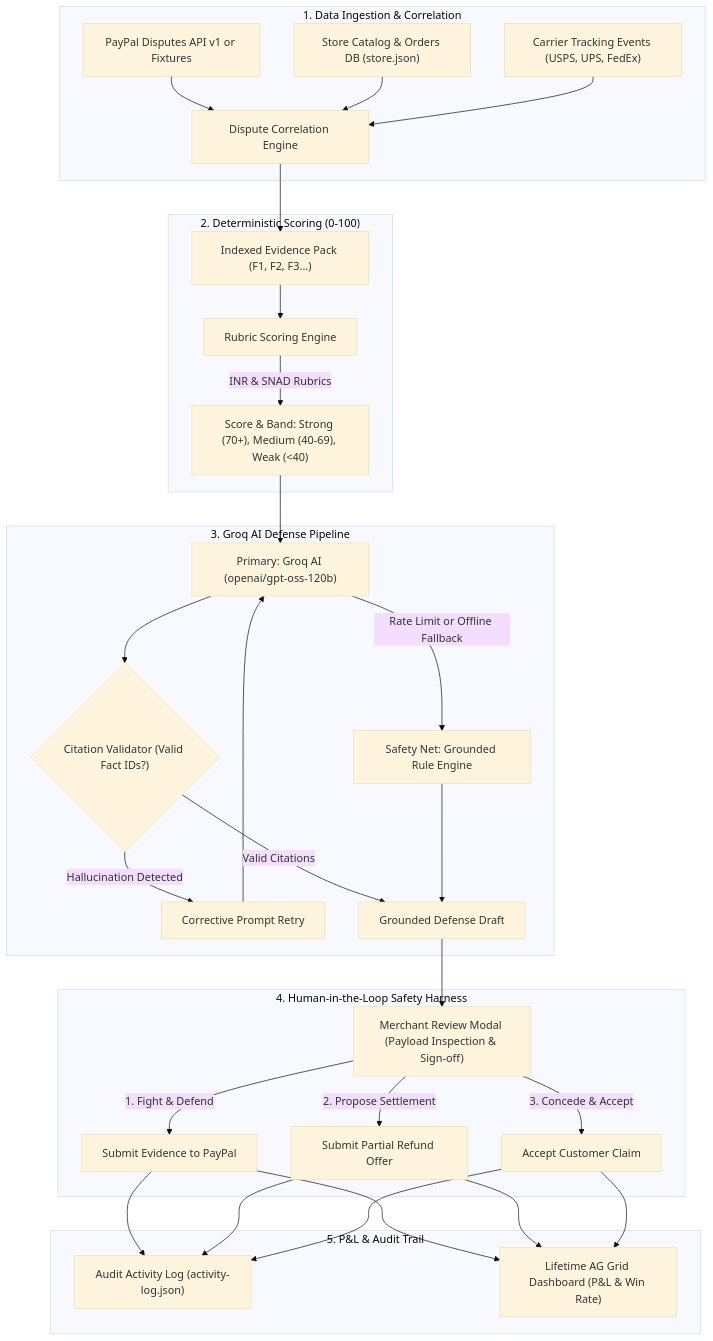
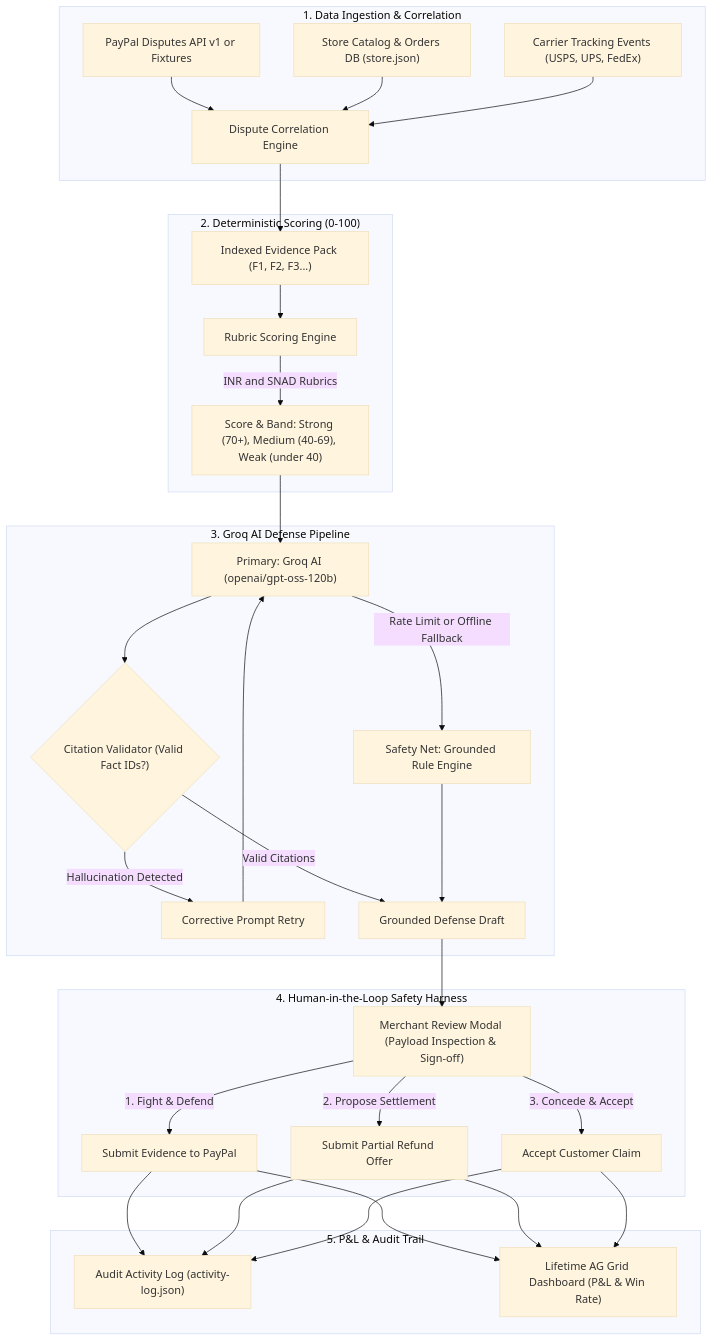
The diagram in README.md (SthitadheeDas/DisputeCopilot), drawn with Mermaid (base theme) before and after one commit. The commit also changed other lines of this file and 4 other files, not shown here.

Commit message:
docs: update heading to VERIFAI and fix Mermaid diagram syntax

````diff
--- a/README.md
+++ b/README.md
@@ -33,36 +33,40 @@
 ```mermaid
 flowchart TD
     subgraph DataIngestion ["1. Data Ingestion & Correlation"]
         PP["PayPal Disputes API v1 or Fixtures"] --> Enricher["Dispute Correlation Engine"]
         Store["Store Catalog & Orders DB (store.json)"] --> Enricher
         Carrier["Carrier Tracking Events (USPS, UPS, FedEx)"] --> Enricher
     end
 
     subgraph Evaluation ["2. Deterministic Scoring (0-100)"]
         Enricher --> EvPack["Indexed Evidence Pack (F1, F2, F3...)"]
         EvPack --> Engine["Rubric Scoring Engine"]
-        Engine -->|INR & SNAD Rubrics| Score["Score & Band: Strong (70+), Medium (40-69), Weak (&lt;40)"]
+        Engine -->|INR and SNAD Rubrics| Score["Score & Band: Strong (70+), Medium (40-69), Weak (under 40)"]
     end
 
     subgraph AIAssistant ["3. Groq AI Defense Pipeline"]
         Score --> GroqAI["Primary: Groq AI (openai/gpt-oss-120b)"]
         GroqAI -->|Rate Limit or Offline Fallback| RuleEngine["Safety Net: Grounded Rule Engine"]
         GroqAI --> CitationValidator{"Citation Validator (Valid Fact IDs?)"}
         CitationValidator -->|Hallucination Detected| PromptRetry["Corrective Prompt Retry"]
         PromptRetry --> GroqAI
         CitationValidator -->|Valid Citations| Draft["Grounded Defense Draft"]
         RuleEngine --> Draft
     end
 
     subgraph HumanInTheLoop ["4. Human-in-the-Loop Safety Harness"]
         Draft --> ReviewModal["Merchant Review Modal (Payload Inspection & Sign-off)"]
         ReviewModal -->|1. Fight & Defend| SubmitEvidence["Submit Evidence to PayPal"]
         ReviewModal -->|2. Propose Settlement| PartialOffer["Submit Partial Refund Offer"]
         ReviewModal -->|3. Concede & Accept| AcceptClaim["Accept Customer Claim"]
     end
 
     subgraph Audit ["5. P&L & Audit Trail"]
-        SubmitEvidence & PartialOffer & AcceptClaim --> AuditTrail["Audit Activity Log (activity-log.json)"]
-        SubmitEvidence & PartialOffer & AcceptClaim --> AGGrid["Lifetime AG Grid Dashboard (P&L & Win Rate)"]
+        SubmitEvidence --> AuditTrail["Audit Activity Log (activity-log.json)"]
+        PartialOffer --> AuditTrail
+        AcceptClaim --> AuditTrail
+        SubmitEvidence --> AGGrid["Lifetime AG Grid Dashboard (P&L & Win Rate)"]
+        PartialOffer --> AGGrid
+        AcceptClaim --> AGGrid
     end
 ```
````
